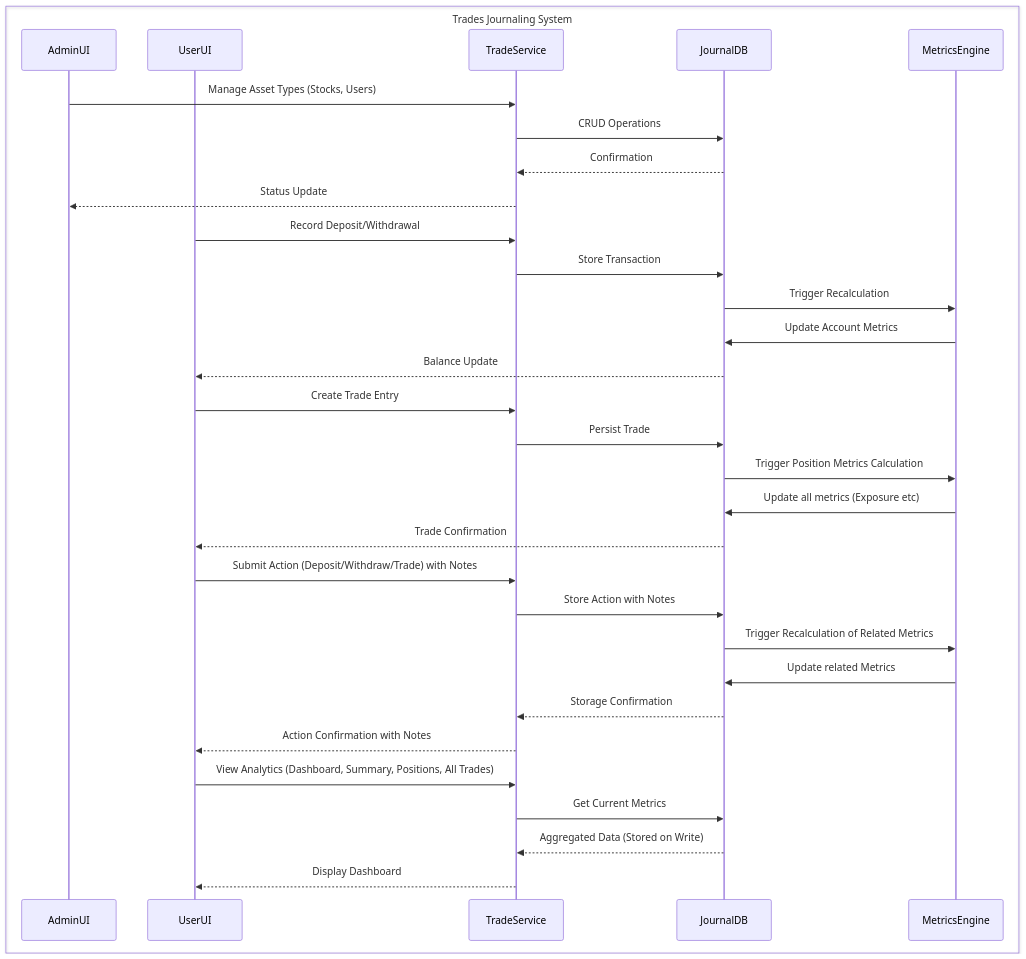
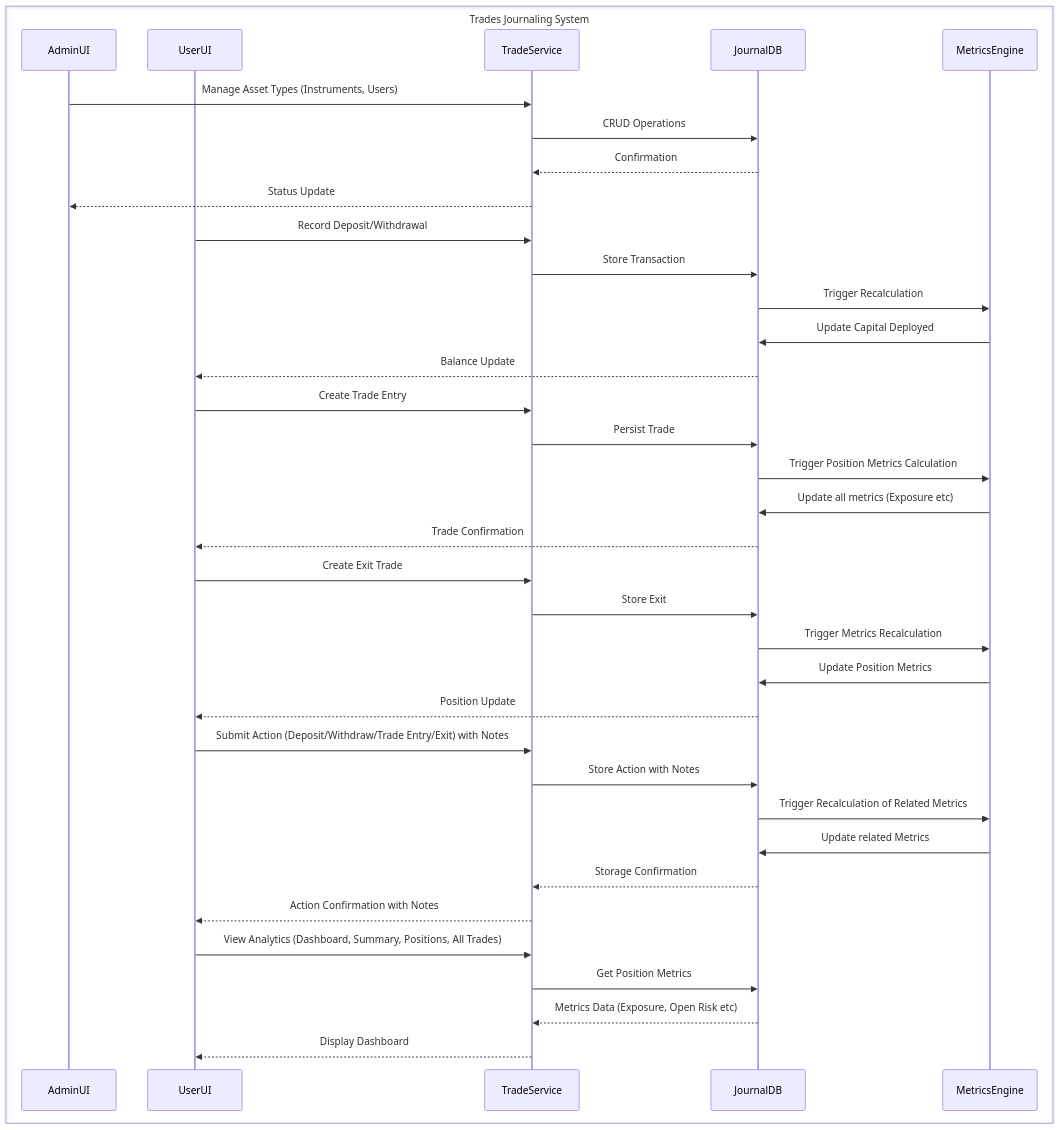
One commit to anjanpoonacha/plan-trading-journal changed the diagram in JournalingSystem.md. Above: the diagram before and after it, drawn with Mermaid. The commit also changed 2 other files, not shown here.

Commit message:
Add trade lifecycle sequence diagram with partial trade exit scenarios

````diff
--- a/JournalingSystem.md
+++ b/JournalingSystem.md
@@ -1,44 +1,51 @@
 ```mermaid
 sequenceDiagram
 box Trades Journaling System
 participant AdminUI
 participant UserUI
 participant TradeService
 participant JournalDB
 participant MetricsEngine
 end
 
 %% Admin Flow
-AdminUI->>TradeService: Manage Asset Types (Stocks, Users)
+AdminUI->>TradeService: Manage Asset Types (Instruments, Users)
 TradeService->>JournalDB: CRUD Operations
 JournalDB-->>TradeService: Confirmation
 TradeService-->>AdminUI: Status Update
 
 %% User Core Flow
 UserUI->>TradeService: Record Deposit/Withdrawal
 TradeService->>JournalDB: Store Transaction
 JournalDB->>MetricsEngine: Trigger Recalculation
-MetricsEngine->>JournalDB: Update Account Metrics
+MetricsEngine->>JournalDB: Update Capital Deployed
 JournalDB-->>UserUI: Balance Update
 
 UserUI->>TradeService: Create Trade Entry
 TradeService->>JournalDB: Persist Trade
 JournalDB->>MetricsEngine: Trigger Position Metrics Calculation
 MetricsEngine->>JournalDB: Update all metrics (Exposure etc)
 JournalDB-->>UserUI: Trade Confirmation
 
+%% Trade Exit Flow
+UserUI->>TradeService: Create Exit Trade
+TradeService->>JournalDB: Store Exit
+JournalDB->>MetricsEngine: Trigger Metrics Recalculation
+MetricsEngine->>JournalDB: Update Position Metrics
+JournalDB-->>UserUI: Position Update
+
 %% Updated Note Handling Flow
-UserUI->>TradeService: Submit Action (Deposit/Withdraw/Trade) with Notes
+UserUI->>TradeService: Submit Action (Deposit/Withdraw/Trade Entry/Exit) with Notes
 TradeService->>JournalDB: Store Action with Notes
 JournalDB->>MetricsEngine: Trigger Recalculation of Related Metrics
 MetricsEngine ->> JournalDB: Update related Metrics
 JournalDB-->>TradeService: Storage Confirmation
 TradeService-->>UserUI: Action Confirmation with Notes
 
 %% Analytics Flow Eg
 UserUI->>TradeService: View Analytics (Dashboard, Summary, Positions, All Trades)
-TradeService->>JournalDB: Get Current Metrics
-JournalDB-->>TradeService: Aggregated Data (Stored on Write)
+TradeService->>JournalDB: Get Position Metrics
+JournalDB-->>TradeService: Metrics Data (Exposure, Open Risk etc)
 TradeService-->>UserUI: Display Dashboard
 
 ```
````
